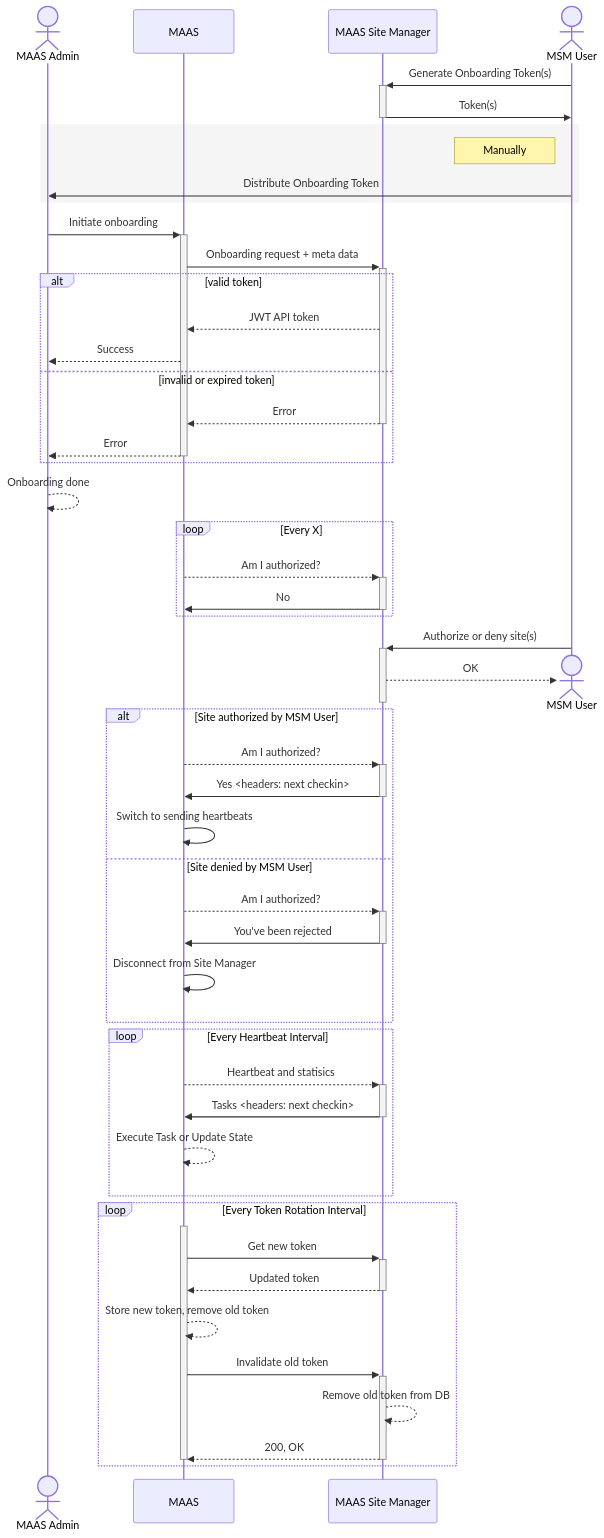
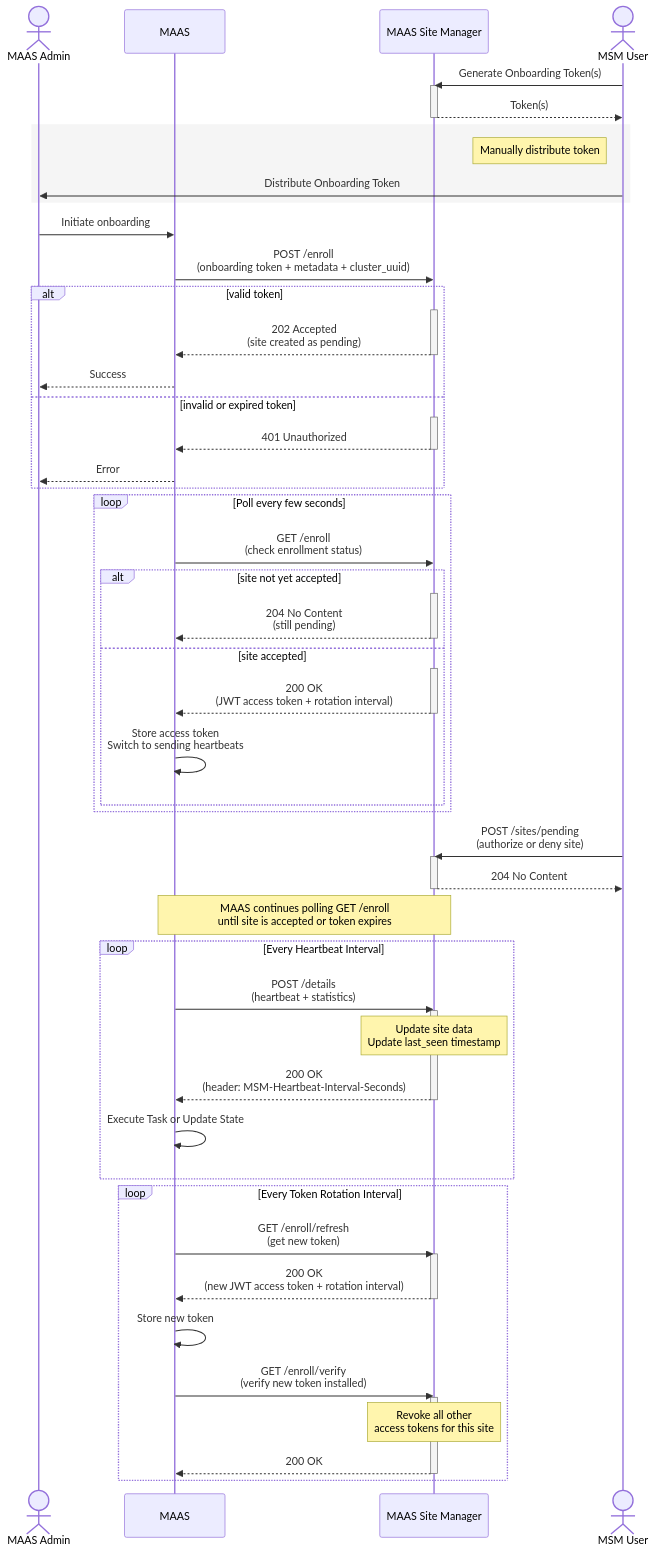
Before and after one commit to tanzin8r/maas-site-manager: the diagram in docs/onboarding-workflow-sequence-diagram.mermaid, drawn with Mermaid. The commit also changed 3 other files, not shown here.

Commit message:
fix(docs): update mermaid diagrams to match current implementation

```diff
--- a/docs/onboarding-workflow-sequence-diagram.mermaid
+++ b/docs/onboarding-workflow-sequence-diagram.mermaid
@@ -1,59 +1,72 @@
 sequenceDiagram
     actor MA as MAAS Admin
     participant MAAS as MAAS
     participant MSM as MAAS Site Manager
     actor User as MSM User
 
-      User->>+MSM: Generate Onboarding Token(s)
-      MSM->>-User: Token(s)
+    User->>MSM: Generate Onboarding Token(s)
+    activate MSM
+    MSM-->>User: Token(s)
+    deactivate MSM
+
     rect rgb(245, 245, 245)
-      note left of User: Manually
-      User->>MA: Distribute Onboarding Token  
+        note left of User: Manually distribute token
+        User->>MA: Distribute Onboarding Token
     end
 
-    MA->>+MAAS: Initiate onboarding
-    MAAS->>+MSM: Onboarding request + meta data
+    MA->>MAAS: Initiate onboarding
+    MAAS->>MSM: POST /enroll<br/>(onboarding token + metadata + cluster_uuid)
     alt valid token
-      MSM-->>MAAS: JWT API token
-      MAAS-->>MA: Success
+        activate MSM
+        MSM-->>MAAS: 202 Accepted<br/>(site created as pending)
+        deactivate MSM
+        MAAS-->>MA: Success
     else invalid or expired token
-      MSM-->>-MAAS: Error
-      MAAS-->>-MA: Error
+        activate MSM
+        MSM-->>MAAS: 401 Unauthorized
+        deactivate MSM
+        MAAS-->>MA: Error
     end
 
-    MA -->> MA: Onboarding done
-
-    loop Every X
-        MAAS-->>+MSM: Am I authorized?
-        MSM->>-MAAS: No
+    loop Poll every few seconds
+        MAAS->>MSM: GET /enroll<br/>(check enrollment status)
+        alt site not yet accepted
+            activate MSM
+            MSM-->>MAAS: 204 No Content<br/>(still pending)
+            deactivate MSM
+        else site accepted
+            activate MSM
+            MSM-->>MAAS: 200 OK<br/>(JWT access token + rotation interval)
+            deactivate MSM
+            MAAS->>MAAS: Store access token<br/>Switch to sending heartbeats
+        end
     end
 
-    User->>+MSM: Authorize or deny site(s)
-    destroy User
-    MSM-->>-User: OK
-    alt Site authorized by MSM User
-        MAAS-->>+MSM: Am I authorized?
-        MSM->>-MAAS: Yes  <headers: next checkin>
-        MAAS->>MAAS: Switch to sending heartbeats
-    else Site denied by MSM User
-        MAAS-->>+MSM: Am I authorized?
-        MSM->>-MAAS: You've been rejected
-        MAAS->>MAAS: Disconnect from Site Manager
-    end
+    User->>MSM: POST /sites/pending<br/>(authorize or deny site)
+    activate MSM
+    MSM-->>User: 204 No Content
+    deactivate MSM
+
+    Note over MAAS,MSM: MAAS continues polling GET /enroll<br/>until site is accepted or token expires
 
     loop Every Heartbeat Interval
-        MAAS-->>+MSM: Heartbeat and statisics
-        MSM->>-MAAS: Tasks <headers: next checkin>
-        MAAS-->>MAAS: Execute Task or Update State
+        MAAS->>MSM: POST /details<br/>(heartbeat + statistics)
+        activate MSM
+        note over MSM: Update site data<br/>Update last_seen timestamp
+        MSM-->>MAAS: 200 OK<br/>(header: MSM-Heartbeat-Interval-Seconds)
+        deactivate MSM
+        MAAS->>MAAS: Execute Task or Update State
     end
 
     loop Every Token Rotation Interval
-        activate MAAS
-        MAAS->>+MSM: Get new token
-        MSM-->>-MAAS: Updated token
-        MAAS-->>MAAS: Store new token, remove old token
-        MAAS->>+MSM: Invalidate old token
-        MSM-->>MSM: Remove old token from DB
-        MSM-->>-MAAS: 200, OK
-        deactivate MAAS
+        MAAS->>MSM: GET /enroll/refresh<br/>(get new token)
+        activate MSM
+        MSM-->>MAAS: 200 OK<br/>(new JWT access token + rotation interval)
+        deactivate MSM
+        MAAS->>MAAS: Store new token
+        MAAS->>MSM: GET /enroll/verify<br/>(verify new token installed)
+        activate MSM
+        note over MSM: Revoke all other<br/>access tokens for this site
+        MSM-->>MAAS: 200 OK
+        deactivate MSM
     end
```
